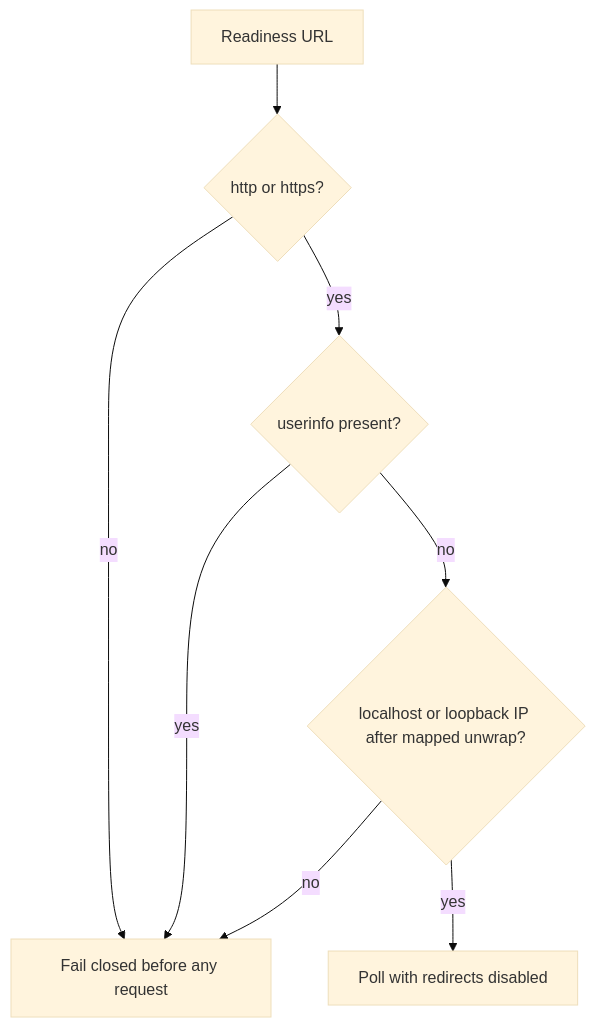
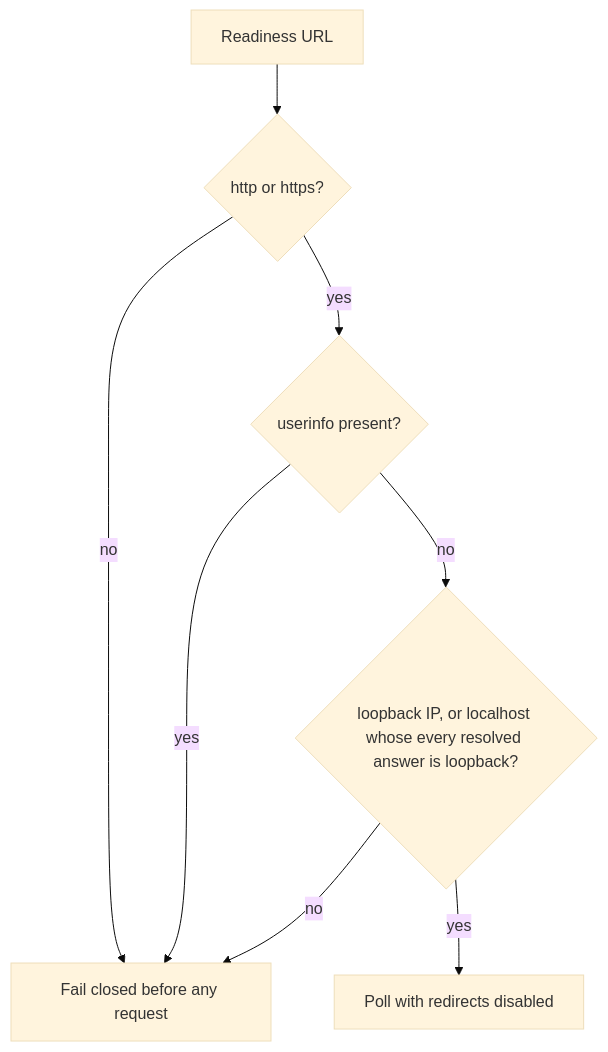
The diagram in docs/doctoring/sandboxed-web-readiness-loopback-boundary.md (ContextualWisdomLab/.github), drawn with Mermaid (base theme) before and after one commit. The commit also changed other lines of this file and 4 other files, not shown here.

First line of the commit message:
fix(e2e): resolve localhost and require loopback answers

````diff
--- a/docs/doctoring/sandboxed-web-readiness-loopback-boundary.md
+++ b/docs/doctoring/sandboxed-web-readiness-loopback-boundary.md
@@ -45,17 +48,17 @@
 ```mermaid
 flowchart TD
   Url["Readiness URL"]
   Scheme{"http or https?"}
   Userinfo{"userinfo present?"}
-  Host{"localhost or loopback IP after mapped unwrap?"}
+  Host{"loopback IP, or localhost whose every resolved answer is loopback?"}
   Open["Poll with redirects disabled"]
   Reject["Fail closed before any request"]
 
   Url --> Scheme
   Scheme -->|"no"| Reject
   Scheme -->|"yes"| Userinfo
   Userinfo -->|"yes"| Reject
   Userinfo -->|"no"| Host
   Host -->|"no"| Reject
   Host -->|"yes"| Open
 ```
````
